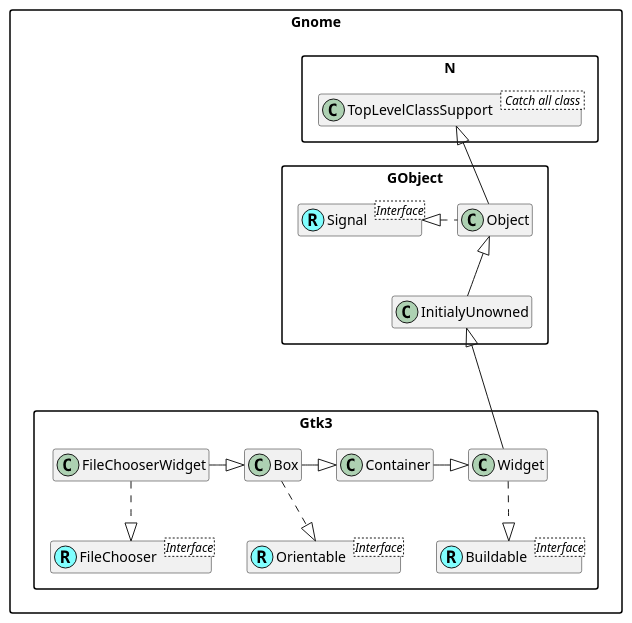
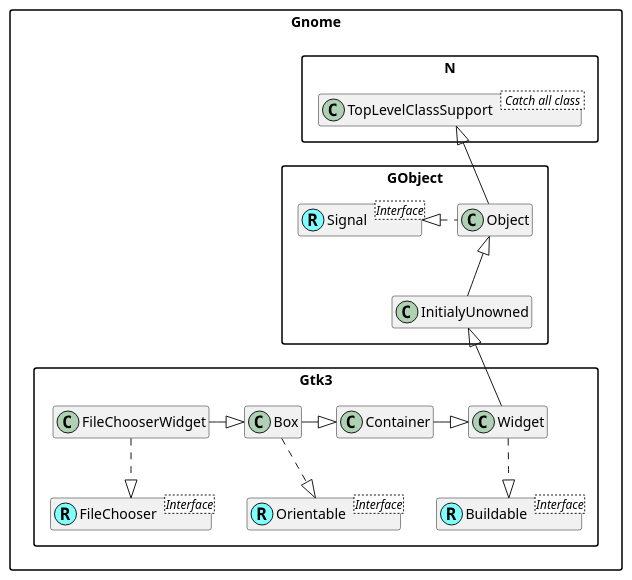
The diagram in doc/plantuml/FileChooserWidget.md (MARTIMM/gnome-gtk3), drawn with PlantUML before and after one commit. The commit also changed 7 other files, not shown here.

Commit message:
changed and new uml diag.

````diff
--- a/doc/plantuml/FileChooserWidget.md
+++ b/doc/plantuml/FileChooserWidget.md
@@ -1,40 +1,40 @@
 ```plantuml
 @startuml
 'scale 0.9
 skinparam packageStyle rectangle
 skinparam stereotypeCBackgroundColor #80ffff
 set namespaceSeparator ::
 hide members
 
 
 'Class and interface declarations
 class Gnome::N::TopLevelClassSupport < Catch all class >
 
 Interface Gnome::GObject::Signal <Interface>
 class Gnome::GObject::Signal <<(R,#80ffff)>>
 
 Interface Gnome::Gtk3::Orientable <Interface>
 class Gnome::Gtk3::Orientable <<(R,#80ffff)>>
 
 Interface Gnome::Gtk3::Buildable <Interface>
 class Gnome::Gtk3::Buildable <<(R,#80ffff)>>
 
 Interface Gnome::Gtk3::FileChooser <Interface>
 class Gnome::Gtk3::FileChooser <<(R,#80ffff)>>
 
 'Class connections
 Gnome::N::TopLevelClassSupport <|-- Gnome::GObject::Object
 Gnome::GObject::Object <|-- Gnome::GObject::InitialyUnowned
-Gnome::GObject::InitialyUnowned <|--- Gnome::Gtk3::Widget
+Gnome::GObject::InitialyUnowned <|-- Gnome::Gtk3::Widget
 Gnome::Gtk3::Container -|> Gnome::Gtk3::Widget
 Gnome::Gtk3::Box -|> Gnome::Gtk3::Container
 Gnome::Gtk3::FileChooserWidget -|> Gnome::Gtk3::Box
 
 'Interface connections
 Gnome::GObject::Signal <|. Gnome::GObject::Object
 Gnome::Gtk3::Box ..|> Gnome::Gtk3::Orientable
 Gnome::Gtk3::Widget ..|> Gnome::Gtk3::Buildable
 Gnome::Gtk3::FileChooserWidget ..|> Gnome::Gtk3::FileChooser
 
 @enduml
 ```
````
